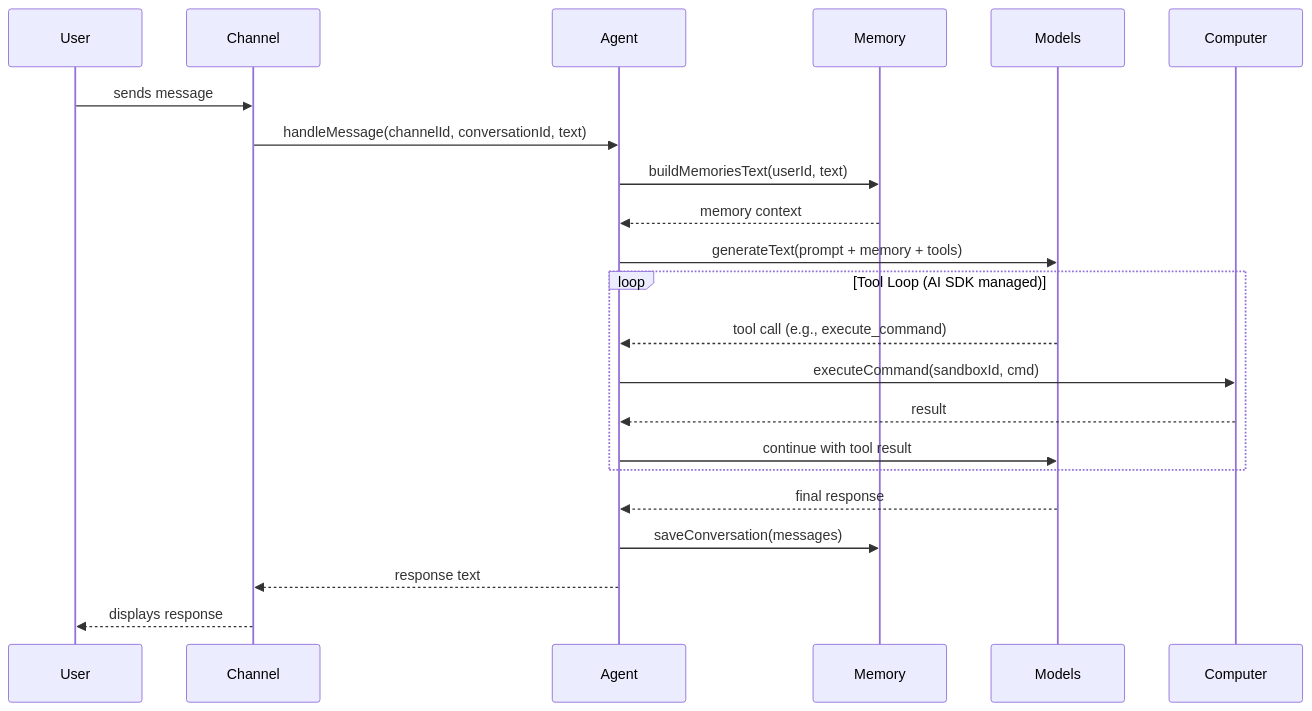
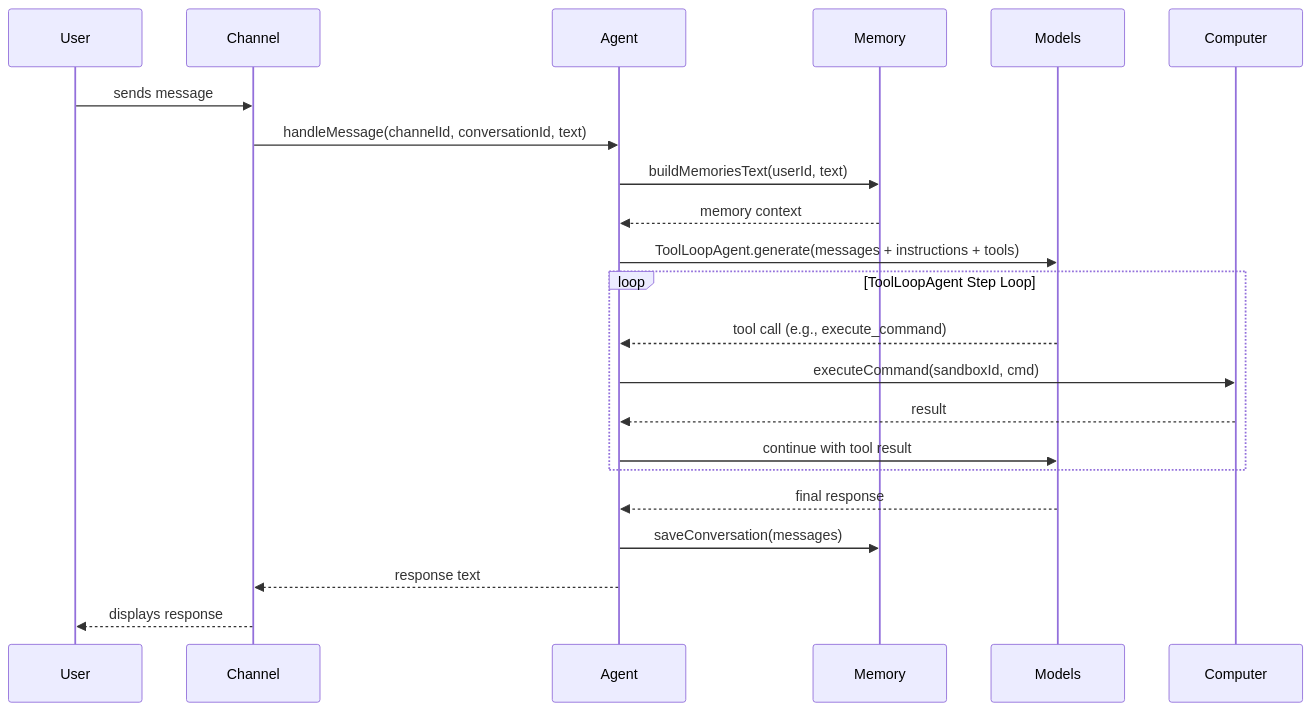
Before and after one commit to punitarani/amby: the fourth of 5 diagrams in docs/ARCHITECTURE.md, drawn with Mermaid. The commit also changed other lines of this file and 6 other files, not shown here.

Commit message:
Migrate agent loops to ToolLoopAgent and add unit tests

````diff
--- a/docs/ARCHITECTURE.md
+++ b/docs/ARCHITECTURE.md
@@ -424,28 +424,28 @@
 ```mermaid
 sequenceDiagram
     participant U as User
     participant Ch as Channel
     participant A as Agent
     participant Mem as Memory
     participant M as Models
     participant C as Computer
 
     U->>Ch: sends message
     Ch->>A: handleMessage(channelId, conversationId, text)
     A->>Mem: buildMemoriesText(userId, text)
     Mem-->>A: memory context
 
-    A->>M: generateText(prompt + memory + tools)
+    A->>M: ToolLoopAgent.generate(messages + instructions + tools)
 
-    loop Tool Loop (AI SDK managed)
+    loop ToolLoopAgent Step Loop
         M-->>A: tool call (e.g., execute_command)
         A->>C: executeCommand(sandboxId, cmd)
         C-->>A: result
         A->>M: continue with tool result
     end
 
     M-->>A: final response
     A->>Mem: saveConversation(messages)
     A-->>Ch: response text
     Ch-->>U: displays response
 ```
````
